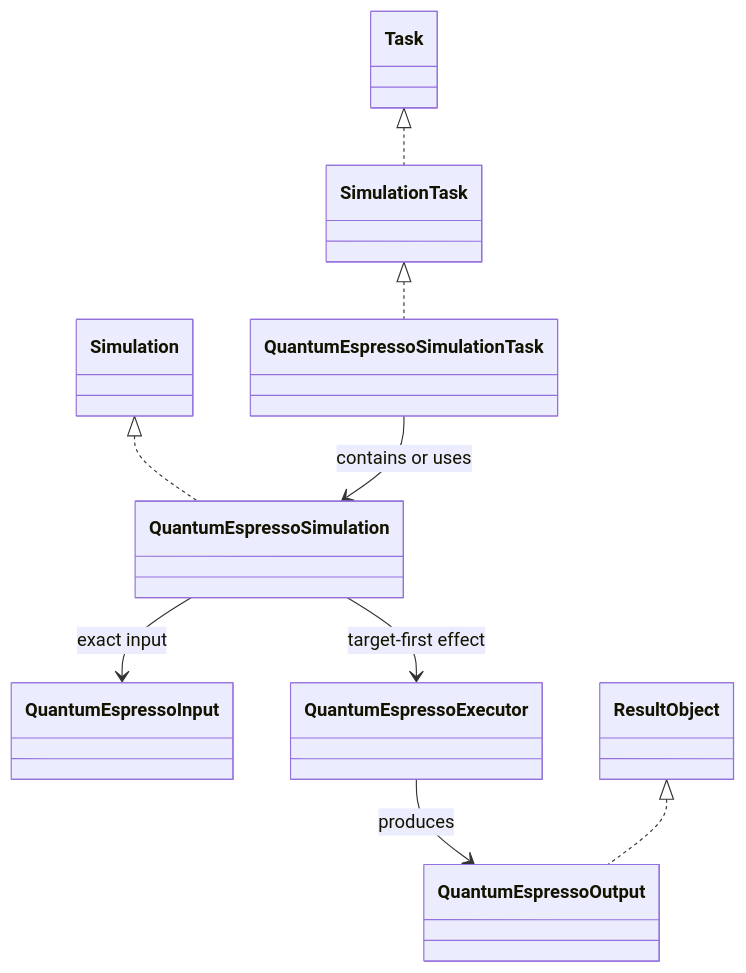
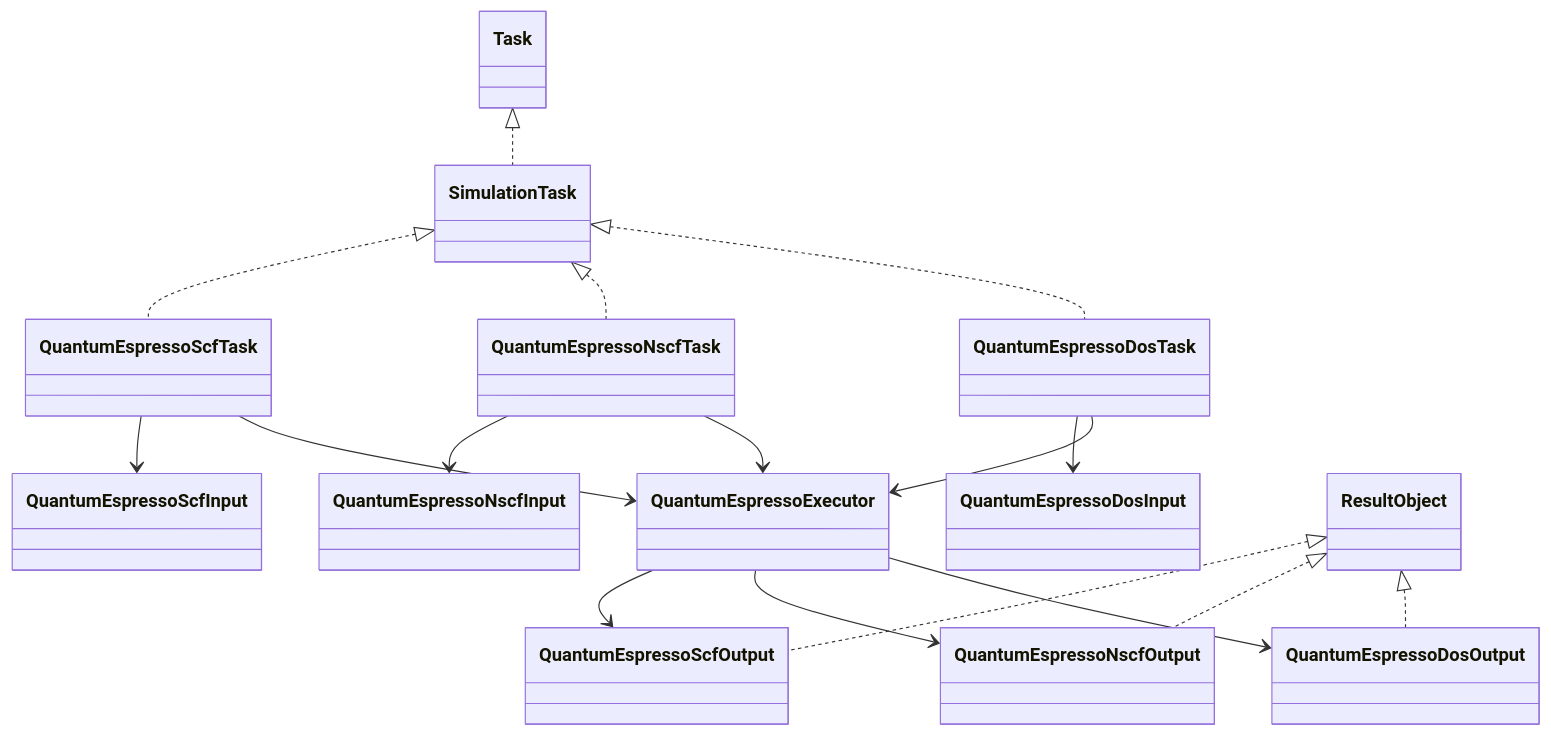
One commit to eragasa/ksdft2effmass changed the first of 2 diagrams in docs/architecture/v2/ksdft2effmass/workflows/simulation-task-model.md. Above: the diagram before and after it, drawn with Mermaid. The commit also changed other lines of this file and 113 other files, not shown here.

````diff
--- a/docs/architecture/v2/ksdft2effmass/workflows/simulation-task-model.md
+++ b/docs/architecture/v2/ksdft2effmass/workflows/simulation-task-model.md
@@ -13,21 +15,33 @@
 ```mermaid
 classDiagram
     class Task
-    class Simulation
     class SimulationTask
-    class QuantumEspressoSimulationTask
-    class QuantumEspressoSimulation
-    class QuantumEspressoInput
+    class QuantumEspressoScfTask
+    class QuantumEspressoNscfTask
+    class QuantumEspressoDosTask
+    class QuantumEspressoScfInput
+    class QuantumEspressoNscfInput
+    class QuantumEspressoDosInput
+    class QuantumEspressoScfOutput
+    class QuantumEspressoNscfOutput
+    class QuantumEspressoDosOutput
     class QuantumEspressoExecutor
-    class QuantumEspressoOutput
     class ResultObject
 
     Task <|.. SimulationTask
-    SimulationTask <|.. QuantumEspressoSimulationTask
-    Simulation <|.. QuantumEspressoSimulation
-    QuantumEspressoSimulationTask --> QuantumEspressoSimulation : contains or uses
-    QuantumEspressoSimulation --> QuantumEspressoInput : exact input
-    QuantumEspressoSimulation --> QuantumEspressoExecutor : target-first effect
-    QuantumEspressoExecutor --> QuantumEspressoOutput : produces
-    ResultObject <|.. QuantumEspressoOutput
+    SimulationTask <|.. QuantumEspressoScfTask
+    SimulationTask <|.. QuantumEspressoNscfTask
+    SimulationTask <|.. QuantumEspressoDosTask
+    QuantumEspressoScfTask --> QuantumEspressoScfInput
+    QuantumEspressoNscfTask --> QuantumEspressoNscfInput
+    QuantumEspressoDosTask --> QuantumEspressoDosInput
+    QuantumEspressoScfTask --> QuantumEspressoExecutor
+    QuantumEspressoNscfTask --> QuantumEspressoExecutor
+    QuantumEspressoDosTask --> QuantumEspressoExecutor
+    QuantumEspressoExecutor --> QuantumEspressoScfOutput
+    QuantumEspressoExecutor --> QuantumEspressoNscfOutput
+    QuantumEspressoExecutor --> QuantumEspressoDosOutput
+    ResultObject <|.. QuantumEspressoScfOutput
+    ResultObject <|.. QuantumEspressoNscfOutput
+    ResultObject <|.. QuantumEspressoDosOutput
 ```
````
